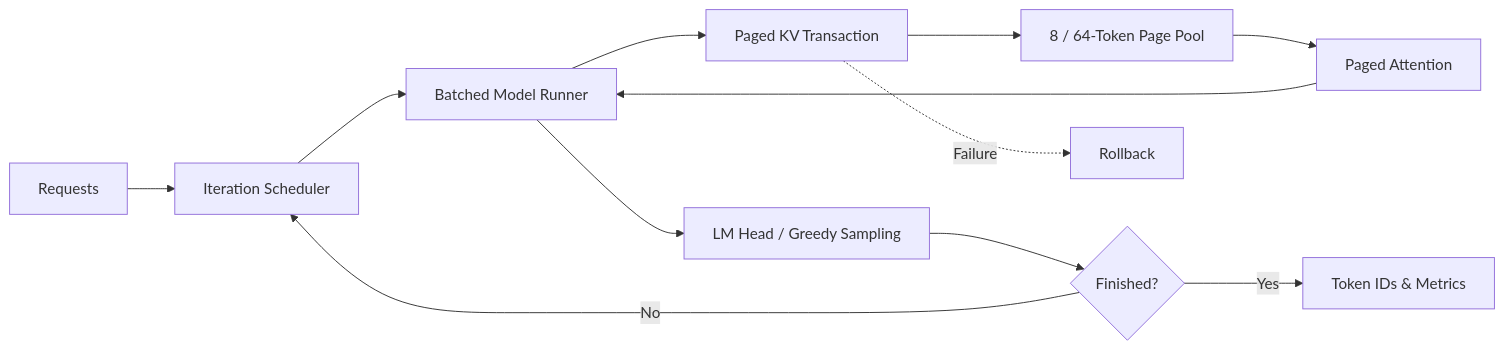
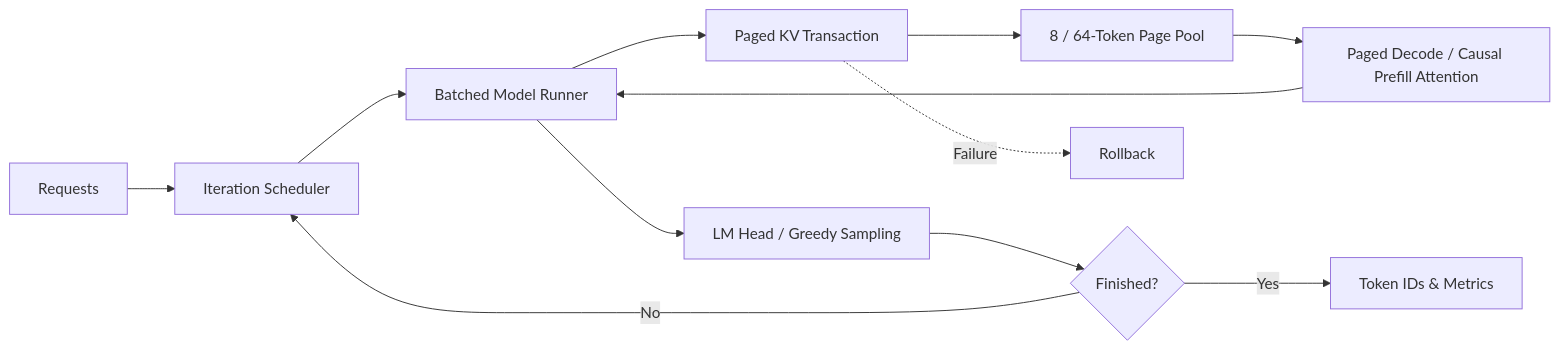
Before and after one commit to kimxinw/kim-llm-runtime: the diagram in README.md, drawn with Mermaid. The commit also changed other lines of this file and 24 other files, not shown here.

First line of the commit message:
feat(runtime): 实现多 Token Prefill Attention

````diff
--- a/README.md
+++ b/README.md
@@ -6,14 +6,14 @@
 ```mermaid
 flowchart LR
     A[Requests] --> B[Iteration Scheduler]
     B --> C[Batched Model Runner]
     C --> D[Paged KV Transaction]
     D --> E[8 / 64-Token Page Pool]
-    E --> F[Paged Attention]
+    E --> F[Paged Decode / Causal Prefill Attention]
     F --> C
     C --> G[LM Head / Greedy Sampling]
     G --> H{Finished?}
     H -->|No| B
     H -->|Yes| I[Token IDs & Metrics]
     D -. Failure .-> J[Rollback]
 ```
````
